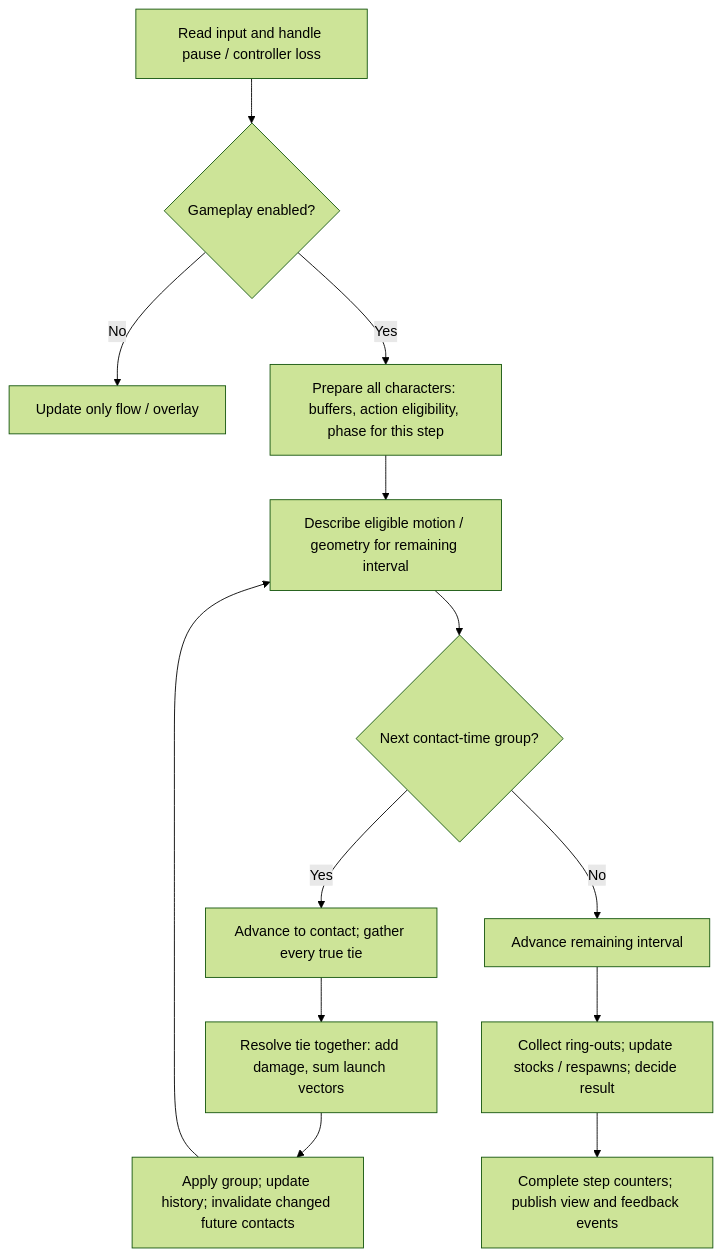
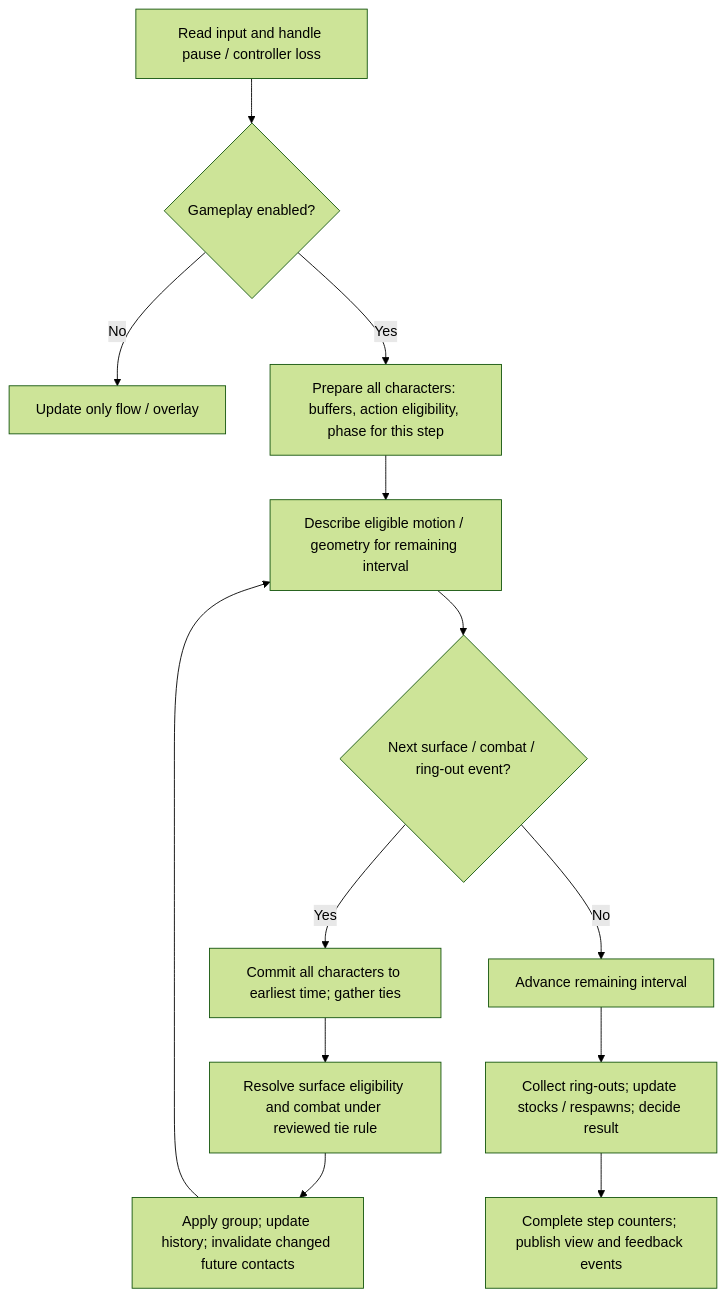
The diagram in docs/architecture/module-interfaces.md (Fusion2k/smash-fight), drawn with Mermaid (forest theme) before and after one commit. The commit also changed other lines of this file and 5 other files, not shown here.

Commit message:
docs: prepare production chronology architecture for review

````diff
--- a/docs/architecture/module-interfaces.md
+++ b/docs/architecture/module-interfaces.md
@@ -37,15 +37,15 @@
 ```mermaid
 flowchart TB
     Input["Read input and handle pause / controller loss"] --> Gate{"Gameplay enabled?"}
     Gate -->|No| UI["Update only flow / overlay"]
     Gate -->|Yes| Prepare["Prepare all characters: buffers, action eligibility, phase for this step"]
     Prepare --> Motion["Describe eligible motion / geometry for remaining interval"]
-    Motion --> Contact{"Next contact-time group?"}
-    Contact -->|Yes| Advance["Advance to contact; gather every true tie"]
-    Advance --> Resolve["Resolve tie together: add damage, sum launch vectors"]
+    Motion --> Contact{"Next surface / combat / ring-out event?"}
+    Contact -->|Yes| Advance["Commit all characters to earliest time; gather ties"]
+    Advance --> Resolve["Resolve surface eligibility and combat under reviewed tie rule"]
     Resolve --> Apply["Apply group; update history; invalidate changed future contacts"]
     Apply --> Motion
     Contact -->|No| Finish["Advance remaining interval"]
     Finish --> Stocks["Collect ring-outs; update stocks / respawns; decide result"]
     Stocks --> End["Complete step counters; publish view and feedback events"]
 ```
````
